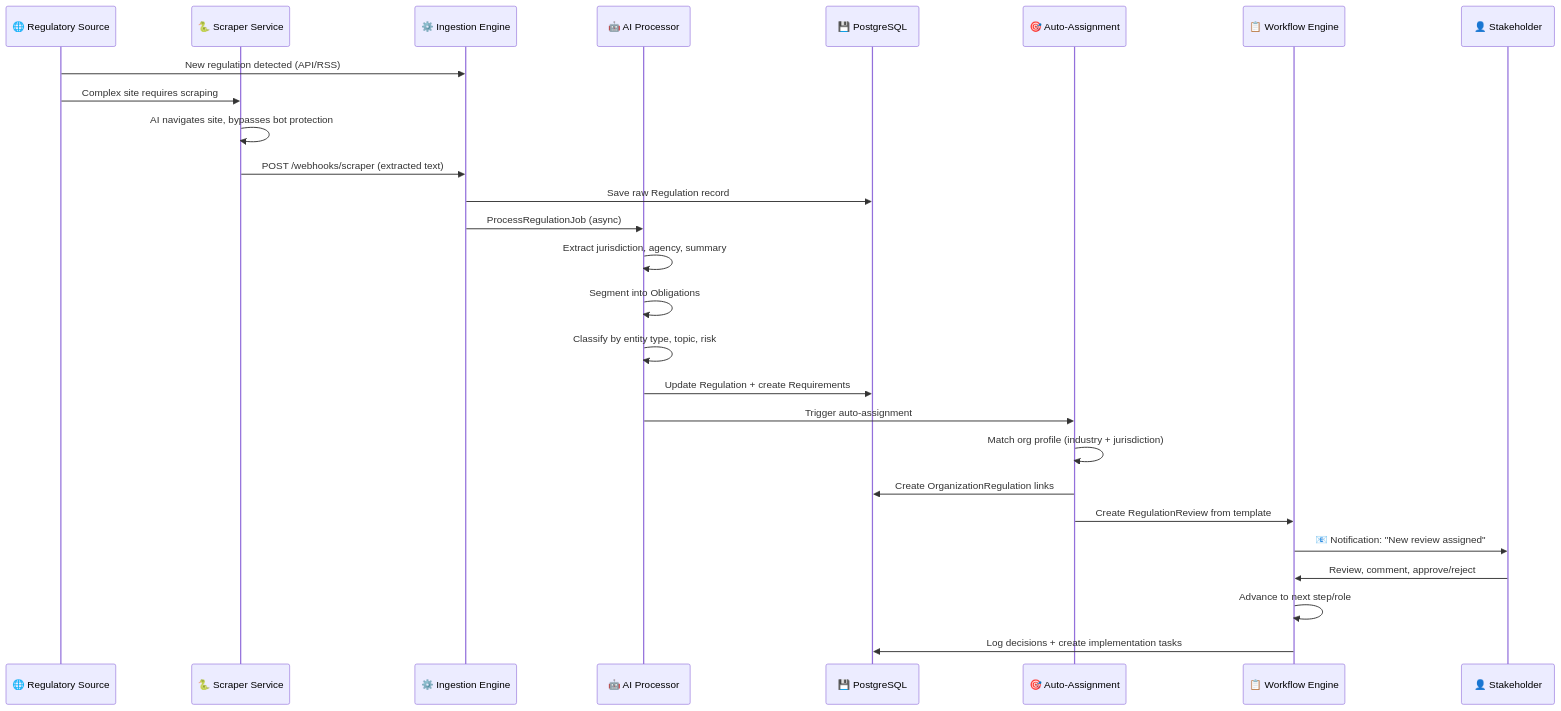
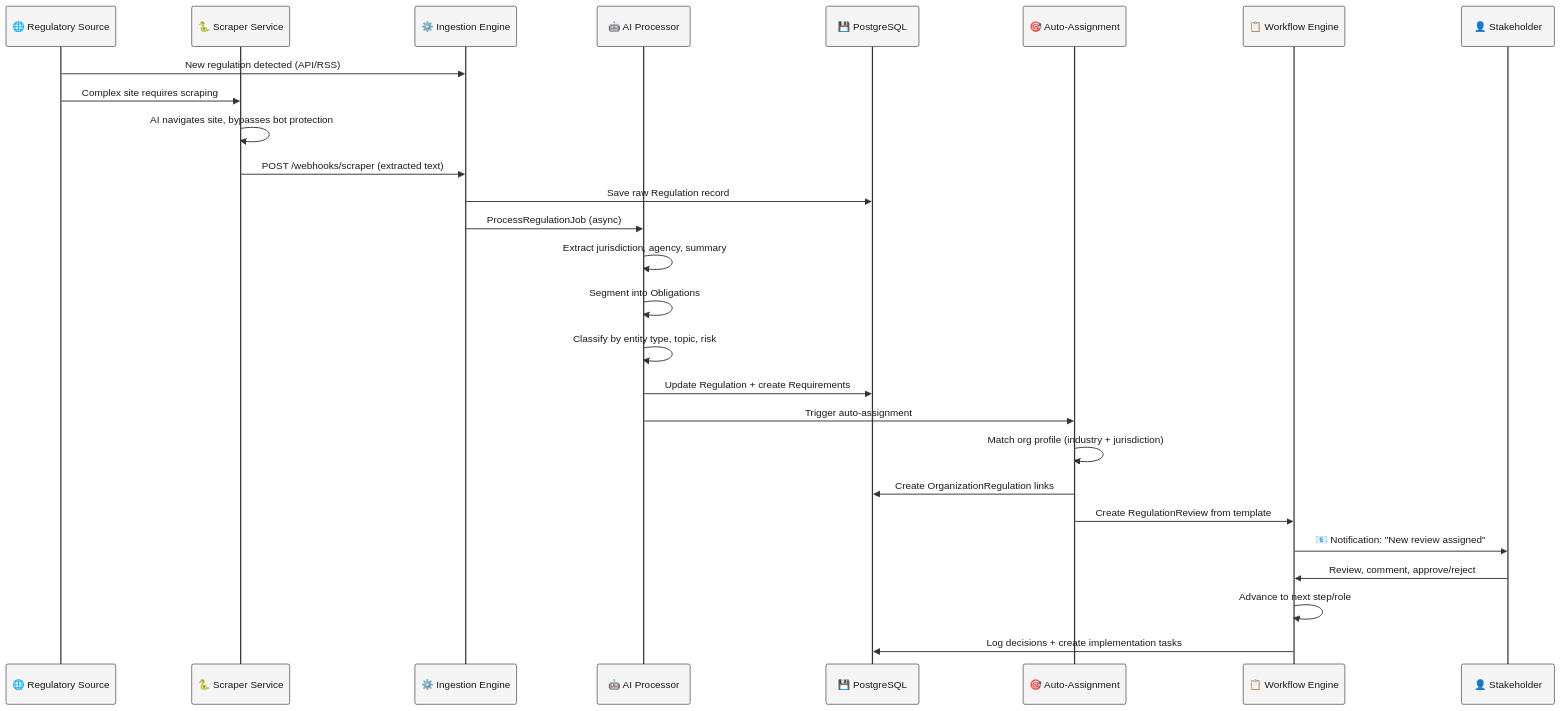
One commit to dguardio/compliance_tracker changed the third of 7 diagrams in README.md. Above: the diagram before and after it, drawn with Mermaid. The commit also changed other lines of this file and 29 other files, not shown here.

````diff
--- a/README.md
+++ b/README.md
@@ -150,30 +152,31 @@
 ```mermaid
+%%{init: {'theme': 'base', 'themeVariables': {'primaryColor': '#ffffff', 'primaryTextColor': '#1a1a1a', 'primaryBorderColor': '#333333', 'lineColor': '#333333', 'secondaryColor': '#f5f5f5', 'tertiaryColor': '#e8e8e8', 'background': '#ffffff', 'mainBkg': '#ffffff', 'nodeBorder': '#333333', 'actorBkg': '#f5f5f5', 'actorBorder': '#333333', 'actorTextColor': '#1a1a1a', 'actorLineColor': '#333333', 'signalColor': '#333333', 'signalTextColor': '#1a1a1a', 'sequenceNumberColor': '#1a1a1a', 'noteBkgColor': '#f0f0f0', 'noteBorderColor': '#333333', 'noteTextColor': '#1a1a1a', 'activationBkgColor': '#e8e8e8', 'activationBorderColor': '#333333'}}}%%
 sequenceDiagram
     participant SRC as 🌐 Regulatory Source
     participant SCR as 🐍 Scraper Service
     participant ING as ⚙️ Ingestion Engine
     participant AI as 🤖 AI Processor
     participant DB as 💾 PostgreSQL
     participant AA as 🎯 Auto-Assignment
     participant WF as 📋 Workflow Engine
     participant USR as 👤 Stakeholder
 
     SRC->>ING: New regulation detected (API/RSS)
     SRC->>SCR: Complex site requires scraping
     SCR->>SCR: AI navigates site, bypasses bot protection
     SCR->>ING: POST /webhooks/scraper (extracted text)
     ING->>DB: Save raw Regulation record
     ING->>AI: ProcessRegulationJob (async)
     AI->>AI: Extract jurisdiction, agency, summary
     AI->>AI: Segment into Obligations
     AI->>AI: Classify by entity type, topic, risk
     AI->>DB: Update Regulation + create Requirements
     AI->>AA: Trigger auto-assignment
     AA->>AA: Match org profile (industry + jurisdiction)
     AA->>DB: Create OrganizationRegulation links
     AA->>WF: Create RegulationReview from template
     WF->>USR: 📧 Notification: "New review assigned"
     USR->>WF: Review, comment, approve/reject
     WF->>WF: Advance to next step/role
     WF->>DB: Log decisions + create implementation tasks
 ```
````
